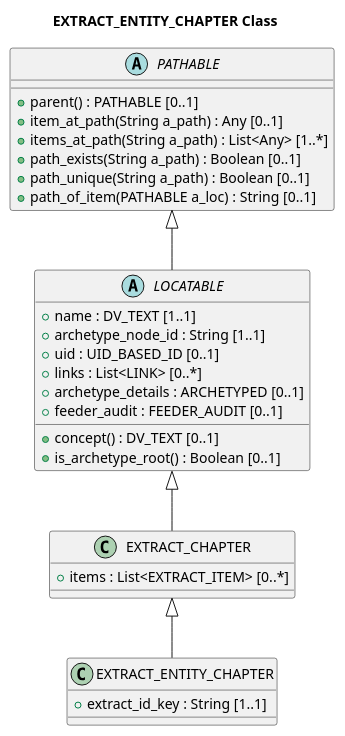
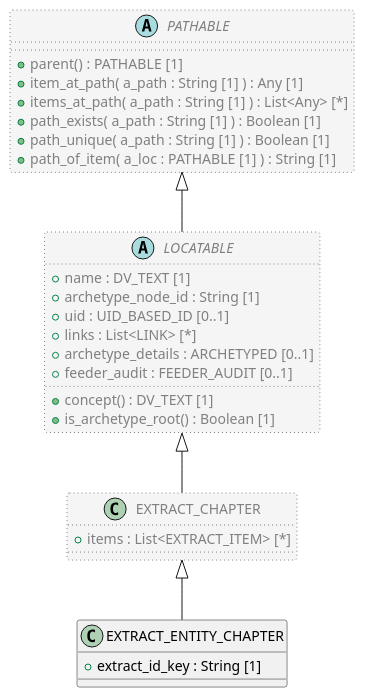
The diagram in code/PlantUML/openehr_rm_1.0.4/org/openehr/rm/ehr_extract/common/EXTRACT_ENTITY_CHAPTER.puml (sebastian-iancu/code-generator), drawn with PlantUML before and after one commit. The commit also changed 1618 other files, not shown here.

```diff
--- a/code/PlantUML/openehr_rm_1.0.4/org/openehr/rm/ehr_extract/common/EXTRACT_ENTITY_CHAPTER.puml
+++ b/code/PlantUML/openehr_rm_1.0.4/org/openehr/rm/ehr_extract/common/EXTRACT_ENTITY_CHAPTER.puml
@@ -1,40 +1,38 @@
 @startuml
-' PlantUML diagram for org.openehr.rm.ehr_extract.common.EXTRACT_ENTITY_CHAPTER
-title EXTRACT_ENTITY_CHAPTER Class
 
 class EXTRACT_ENTITY_CHAPTER {
-  + extract_id_key : String [1..1]
+  + extract_id_key : String [1]
 }
 
-class EXTRACT_CHAPTER {
-  + items : List<EXTRACT_ITEM> [0..*]
+class EXTRACT_CHAPTER  #whitesmoke;line:gray;line.dotted;text:gray {
+  + items : List<EXTRACT_ITEM> [*]
 }
 
-abstract class LOCATABLE {
-  + name : DV_TEXT [1..1]
-  + archetype_node_id : String [1..1]
+abstract class LOCATABLE  #whitesmoke;line:gray;line.dotted;text:gray {
+  + name : DV_TEXT [1]
+  + archetype_node_id : String [1]
   + uid : UID_BASED_ID [0..1]
-  + links : List<LINK> [0..*]
+  + links : List<LINK> [*]
   + archetype_details : ARCHETYPED [0..1]
   + feeder_audit : FEEDER_AUDIT [0..1]
-  + concept() : DV_TEXT [0..1]
-  + is_archetype_root() : Boolean [0..1]
+  + concept() : DV_TEXT [1]
+  + is_archetype_root() : Boolean [1]
 }
 
-abstract class PATHABLE {
-  + parent() : PATHABLE [0..1]
-  + item_at_path(String a_path) : Any [0..1]
-  + items_at_path(String a_path) : List<Any> [1..*]
-  + path_exists(String a_path) : Boolean [0..1]
-  + path_unique(String a_path) : Boolean [0..1]
-  + path_of_item(PATHABLE a_loc) : String [0..1]
+abstract class PATHABLE  #whitesmoke;line:gray;line.dotted;text:gray {
+  + parent() : PATHABLE [1]
+  + item_at_path( a_path : String [1] ) : Any [1]
+  + items_at_path( a_path : String [1] ) : List<Any> [*]
+  + path_exists( a_path : String [1] ) : Boolean [1]
+  + path_unique( a_path : String [1] ) : Boolean [1]
+  + path_of_item( a_loc : PATHABLE [1] ) : String [1]
 }
 
 PATHABLE <|-- LOCATABLE
 
 LOCATABLE <|-- EXTRACT_CHAPTER
 
 EXTRACT_CHAPTER <|-- EXTRACT_ENTITY_CHAPTER
 
 
 @enduml
```
